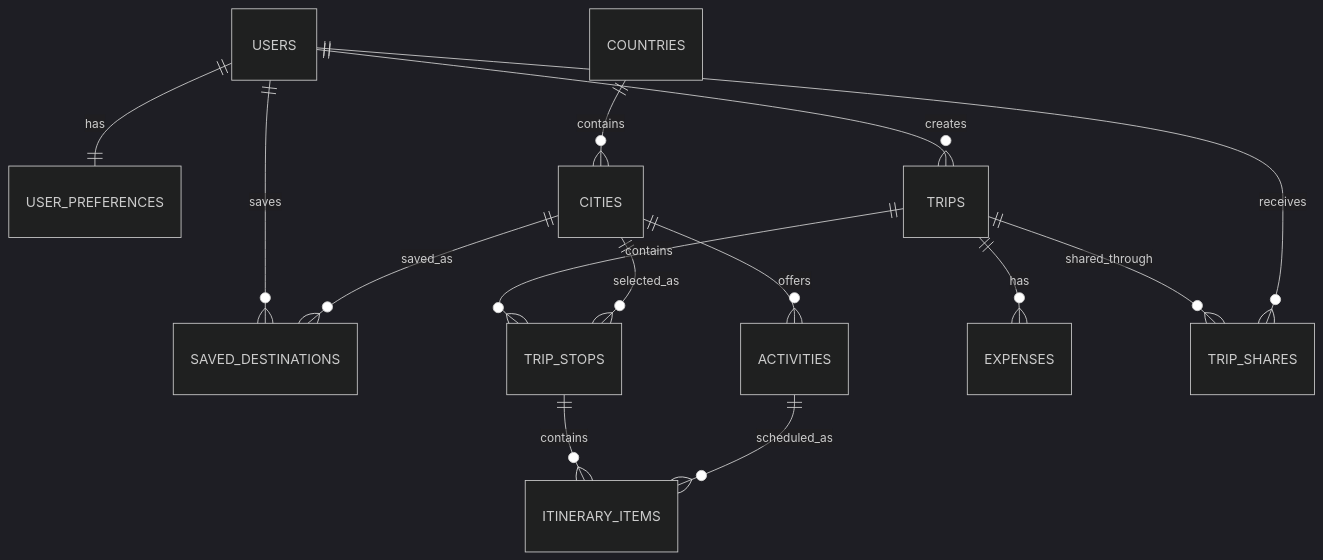
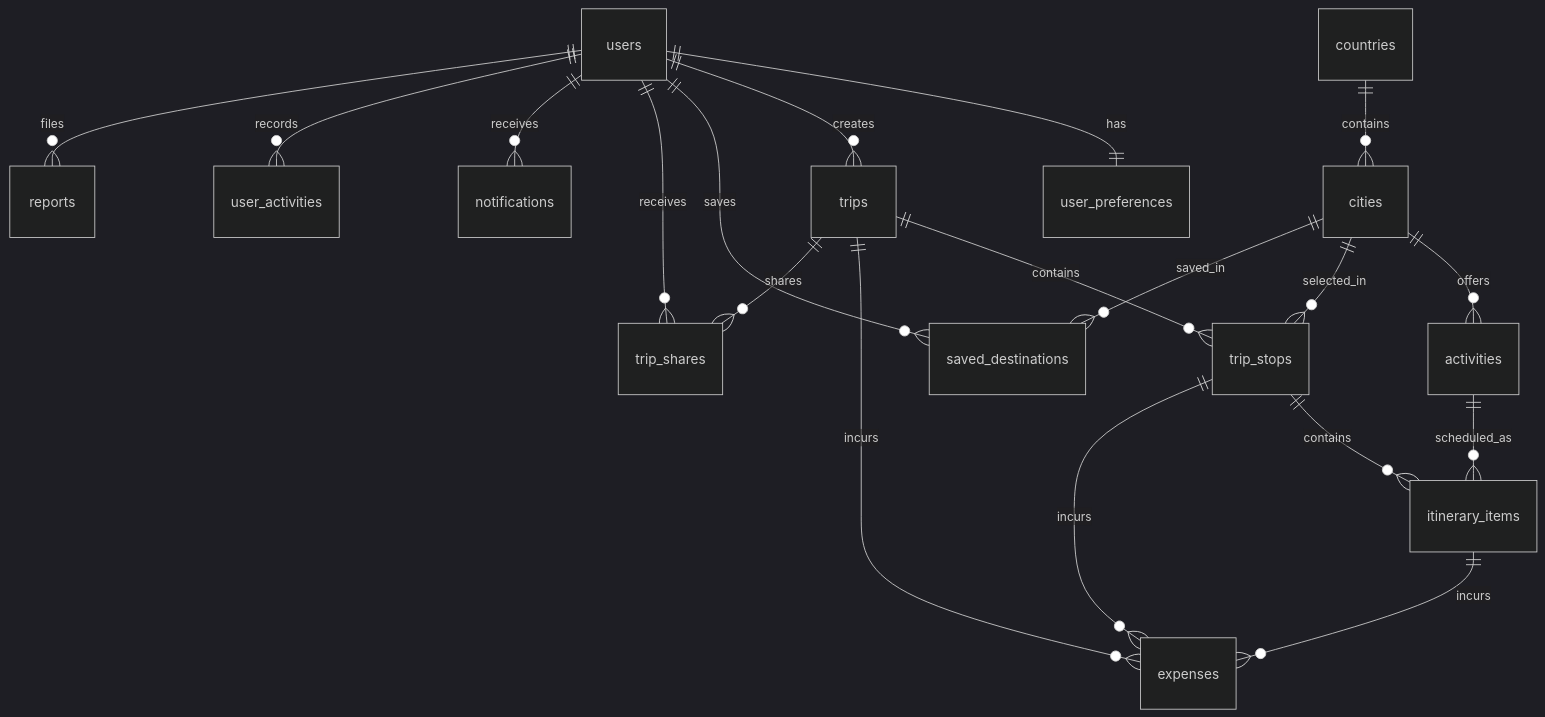
One commit to Vyom-Repo/GlobeTrotter changed the second of 2 diagrams in README.md. Above: the diagram before and after it, drawn with Mermaid (dark theme). The commit also changed other lines of this file and 4 other files, not shown here.

````diff
--- a/README.md
+++ b/README.md
@@ -152,21 +270,25 @@
 ```mermaid
 erDiagram
-    USERS ||--|| USER_PREFERENCES : has
-    USERS ||--o{ TRIPS : creates
-    USERS ||--o{ SAVED_DESTINATIONS : saves
+    users ||--|| user_preferences : has
+    users ||--o{ trips : creates
+    users ||--o{ saved_destinations : saves
+    users ||--o{ trip_shares : receives
+    users ||--o{ notifications : receives
+    users ||--o{ user_activities : records
+    users ||--o{ reports : files
 
-    COUNTRIES ||--o{ CITIES : contains
-    CITIES ||--o{ ACTIVITIES : offers
+    countries ||--o{ cities : contains
+    cities ||--o{ activities : offers
+    cities ||--o{ trip_stops : selected_in
+    cities ||--o{ saved_destinations : saved_in
 
-    TRIPS ||--o{ TRIP_STOPS : contains
-    CITIES ||--o{ TRIP_STOPS : selected_as
+    trips ||--o{ trip_stops : contains
+    trips ||--o{ expenses : incurs
+    trips ||--o{ trip_shares : shares
 
-    TRIP_STOPS ||--o{ ITINERARY_ITEMS : contains
-    ACTIVITIES ||--o{ ITINERARY_ITEMS : scheduled_as
+    trip_stops ||--o{ itinerary_items : contains
+    trip_stops ||--o{ expenses : incurs
 
-    TRIPS ||--o{ EXPENSES : has
-    TRIPS ||--o{ TRIP_SHARES : shared_through
-
-    CITIES ||--o{ SAVED_DESTINATIONS : saved_as
-    USERS ||--o{ TRIP_SHARES : receives
+    activities ||--o{ itinerary_items : scheduled_as
+    itinerary_items ||--o{ expenses : incurs
 ```
````
